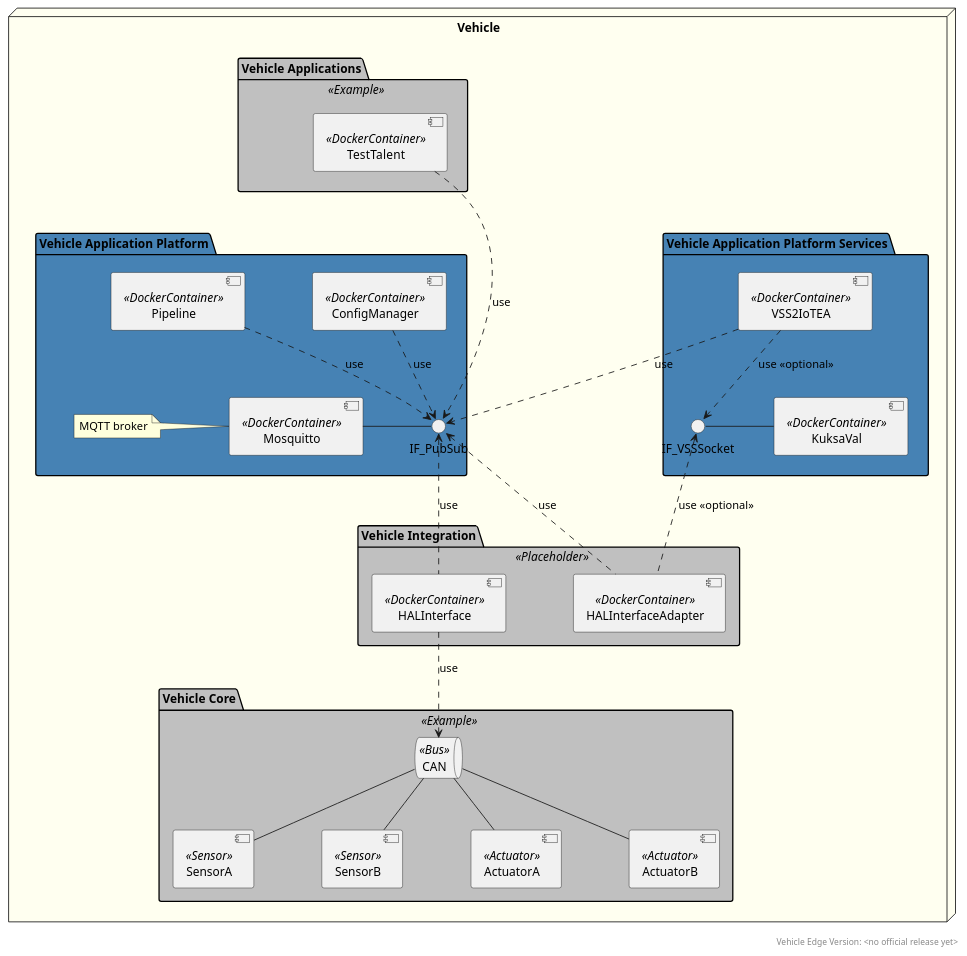
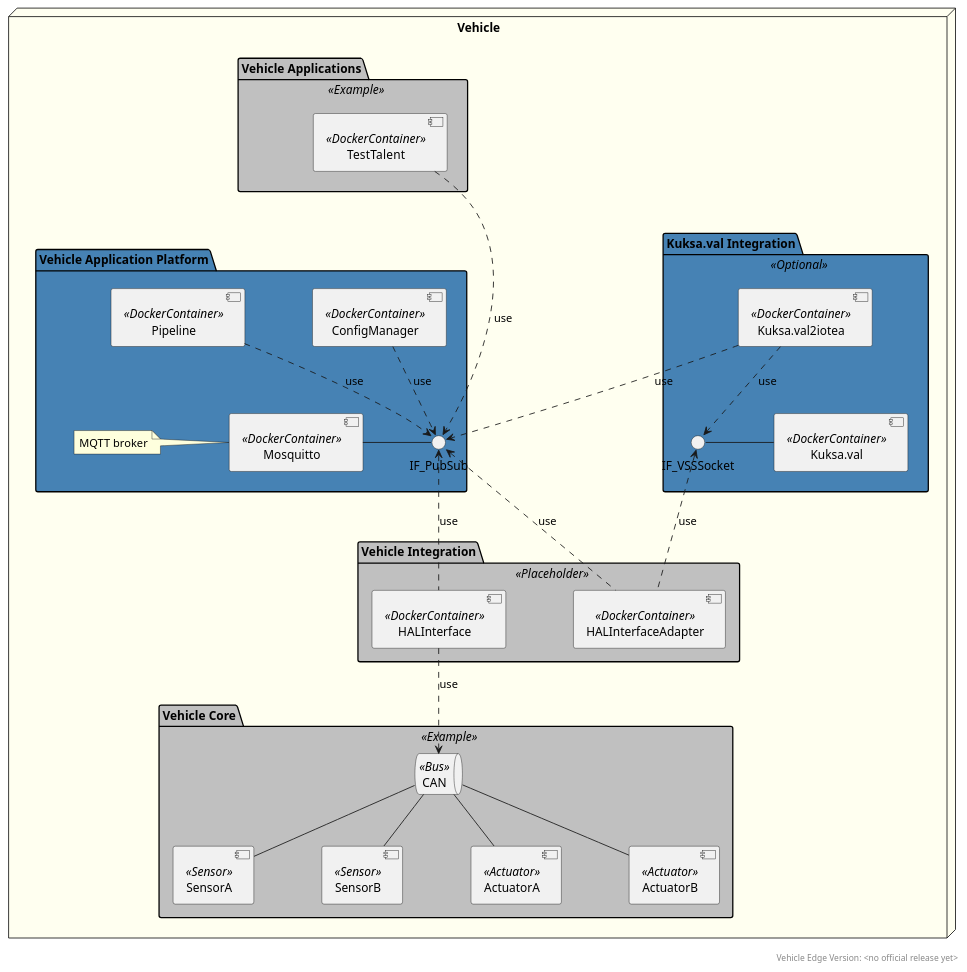
One commit to COVESA/vehicle-edge changed the diagram in docs/assets/plantuml/vehicle_edge_default_deployment.puml. Above: the diagram before and after it, drawn with PlantUML. The commit also changed 48 other files, not shown here.

Commit message:
Rename VSS to Kuksa.Val and align docker-compose build workflow

```diff
--- a/docs/assets/plantuml/vehicle_edge_default_deployment.puml
+++ b/docs/assets/plantuml/vehicle_edge_default_deployment.puml
@@ -1,73 +1,73 @@
 @startuml
 /'
   Copyright (c) 2021 Robert Bosch GmbH
 
   This Source Code Form is subject to the terms of the Mozilla Public
   License, v. 2.0. If a copy of the MPL was not distributed with this
   file, You can obtain one at https://mozilla.org/MPL/2.0/.
 
   SPDX-License-Identifier: MPL-2.0
 '/
 
     skinparam backgroundColor #FFFFF
     skinparam handwritten false
     skinparam nodesep 80
     top to bottom direction
 
     right footer "Vehicle Edge Version: <no official release yet>"
 
     node Vehicle #Ivory {
         package "Vehicle Application Platform" as VehicleApplicationPlatform #SteelBlue {
             component ConfigManager <<DockerContainer>>
             component Pipeline <<DockerContainer>>
             component Mosquitto <<DockerContainer>>
                 interface IF_PubSub as if_pb
                 Mosquitto -right- if_pb
                 note left of Mosquitto : MQTT broker
         }
 
-        package "Vehicle Application Platform Services" as VehicleApplicationPlatformServices #SteelBlue {
-            component [VSS2IoTEA] <<DockerContainer>>
-            component [KuksaVal] <<DockerContainer>>
+        package "Kuksa.val Integration" as KuksaValIntegration <<Optional>> #SteelBlue {
+            component [Kuksa.val2iotea] <<DockerContainer>>
+            component [Kuksa.val] <<DockerContainer>>
                 interface IF_VSSSocket as if_vss
-                KuksaVal -left- if_vss <<optional>>
+                Kuksa.val -left- if_vss
         }
-  
+
         package "Vehicle Applications" as VehicleApplications <<Example>>  #Silver {
             component [TestTalent] << DockerContainer >>
         }
 
         package "Vehicle Integration" as VehicleIntegration <<Placeholder>> #Silver {
             component [HALInterface] <<DockerContainer>>
             component [HALInterfaceAdapter] <<DockerContainer>>
         }
 
         package "Vehicle Core" as VehicleCore <<Example>> #Silver {
             component SensorA <<Sensor>>
             component SensorB <<Sensor>>
             component ActuatorA <<Actuator>>
             component ActuatorB <<Actuator>>
             queue "CAN" as CAN<<Bus>>
 
             SensorA -up- CAN
             SensorB -up- CAN
             ActuatorA -up- CAN
             ActuatorB -up- CAN
         }
 
         ' Set Connections between Components
         TestTalent .down.> if_pb : use
-        VSS2IoTEA ..> if_vss : use <<optional>>
-        VSS2IoTEA ..> if_pb : use
+        Kuksa.val2iotea ..> if_vss : use
+        Kuksa.val2iotea ..> if_pb : use
         Pipeline ..> if_pb : use
         ConfigManager ..> if_pb : use
         HALInterfaceAdapter .up.> if_pb : use
-        HALInterfaceAdapter .up.> if_vss : use <<optional>>
+        HALInterfaceAdapter .up.> if_vss : use
         HALInterface .up.> if_pb : use
         HALInterface .down.> CAN : use
 
         ' Formatting
         VehicleApplications -[hidden]down-> VehicleApplicationPlatform
-        VehicleApplicationPlatform -[hidden]right-> VehicleApplicationPlatformServices
+        VehicleApplicationPlatform -[hidden]right-> KuksaValIntegration
     }
 @enduml
```
